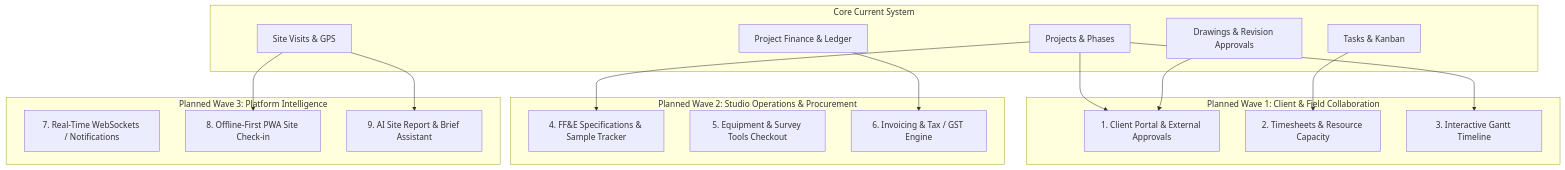
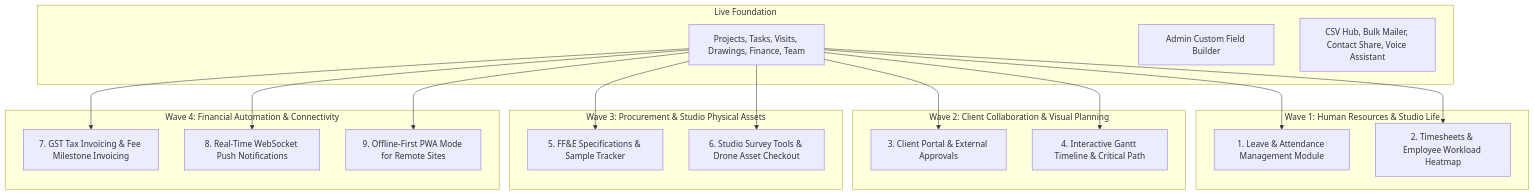
One commit to SakshamLanjewarDS/miniEmployeeManagementSoftware changed the second of 2 diagrams in PROJECT.md. Above: the diagram before and after it, drawn with Mermaid. The commit also changed other lines of this file and 3 other files, not shown here.

````diff
--- a/PROJECT.md
+++ b/PROJECT.md
@@ -248,37 +317,39 @@
 ```mermaid
 graph TD
-    subgraph "Core Current System"
-        P[Projects & Phases]
-        T[Tasks & Kanban]
-        V[Site Visits & GPS]
-        D[Drawings & Revision Approvals]
-        F[Project Finance & Ledger]
+    subgraph "Live Foundation"
+        Core[Projects, Tasks, Visits, Drawings, Finance, Team]
+        CustomFields[Admin Custom Field Builder]
+        Hubs[CSV Hub, Bulk Mailer, Contact Share, Voice Assistant]
     end
 
-    subgraph "Planned Wave 1: Client & Field Collaboration"
-        CP["1. Client Portal & External Approvals"]
-        TS["2. Timesheets & Resource Capacity"]
-        GT["3. Interactive Gantt Timeline"]
+    subgraph "Wave 1: Human Resources & Studio Life"
+        LV["1. Leave & Attendance Management Module"]
+        TS["2. Timesheets & Employee Workload Heatmap"]
     end
 
-    subgraph "Planned Wave 2: Studio Operations & Procurement"
-        FFE["4. FF&E Specifications & Sample Tracker"]
-        EQ["5. Equipment & Survey Tools Checkout"]
-        INV["6. Invoicing & Tax / GST Engine"]
+    subgraph "Wave 2: Client Collaboration & Visual Planning"
+        CP["3. Client Portal & External Approvals"]
+        GT["4. Interactive Gantt Timeline & Critical Path"]
     end
 
-    subgraph "Planned Wave 3: Platform Intelligence"
-        RT["7. Real-Time WebSockets / Notifications"]
-        OFF["8. Offline-First PWA Site Check-in"]
-        AI["9. AI Site Report & Brief Assistant"]
+    subgraph "Wave 3: Procurement & Studio Physical Assets"
+        FFE["5. FF&E Specifications & Sample Tracker"]
+        EQ["6. Studio Survey Tools & Drone Asset Checkout"]
     end
 
-    P --> CP
-    P --> GT
-    T --> TS
-    D --> CP
-    F --> INV
-    P --> FFE
-    V --> OFF
-    V --> AI
+    subgraph "Wave 4: Financial Automation & Connectivity"
+        INV["7. GST Tax Invoicing & Fee Milestone Invoicing"]
+        WS["8. Real-Time WebSocket Push Notifications"]
+        OFF["9. Offline-First PWA Mode for Remote Sites"]
+    end
+
+    Core --> LV
+    Core --> TS
+    Core --> CP
+    Core --> GT
+    Core --> FFE
+    Core --> EQ
+    Core --> INV
+    Core --> WS
+    Core --> OFF
 ```
````
